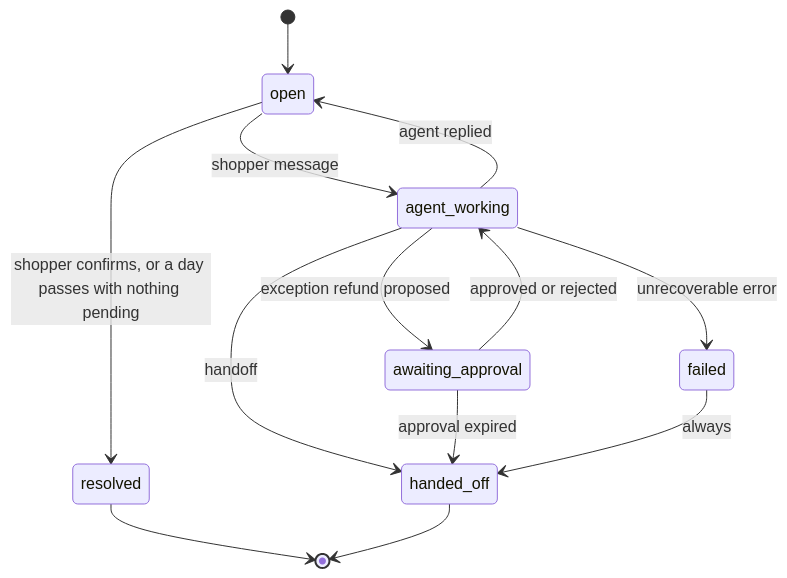
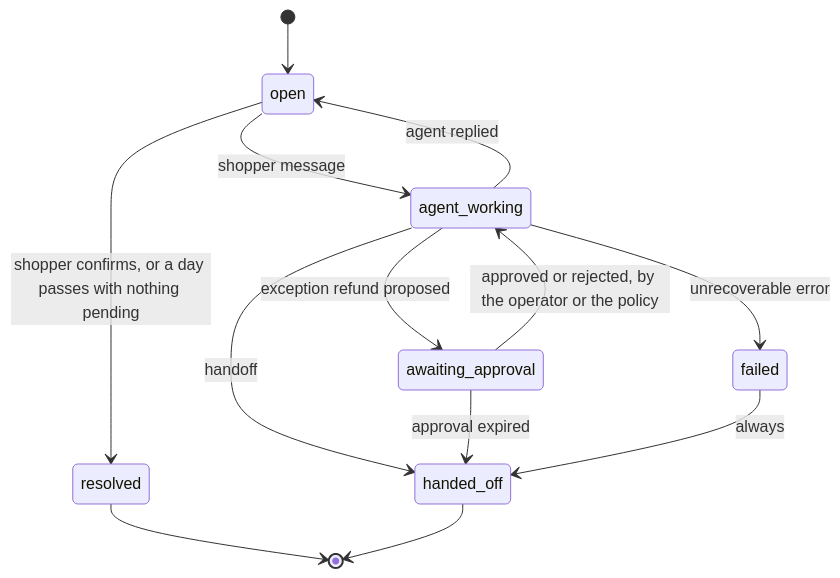
One commit to Tirso0882/goods changed the second of 3 diagrams in docs/design.md. Above: the diagram before and after it, drawn with Mermaid. The commit also changed other lines of this file, not shown here.

Commit message:
docs(design): approvals by operator or policy, J8 refunds through J6, handoff priorities (#114)

````diff
--- a/docs/design.md
+++ b/docs/design.md
@@ -281,15 +299,15 @@
 ```mermaid
 stateDiagram-v2
   [*] --> open
   open --> agent_working: shopper message
   agent_working --> open: agent replied
   agent_working --> awaiting_approval: exception refund proposed
   agent_working --> handed_off: handoff
   agent_working --> failed: unrecoverable error
-  awaiting_approval --> agent_working: approved or rejected
+  awaiting_approval --> agent_working: approved or rejected, by the operator or the policy
   awaiting_approval --> handed_off: approval expired
   open --> resolved: shopper confirms, or a day passes with nothing pending
   failed --> handed_off: always
   resolved --> [*]
   handed_off --> [*]
 ```
````
